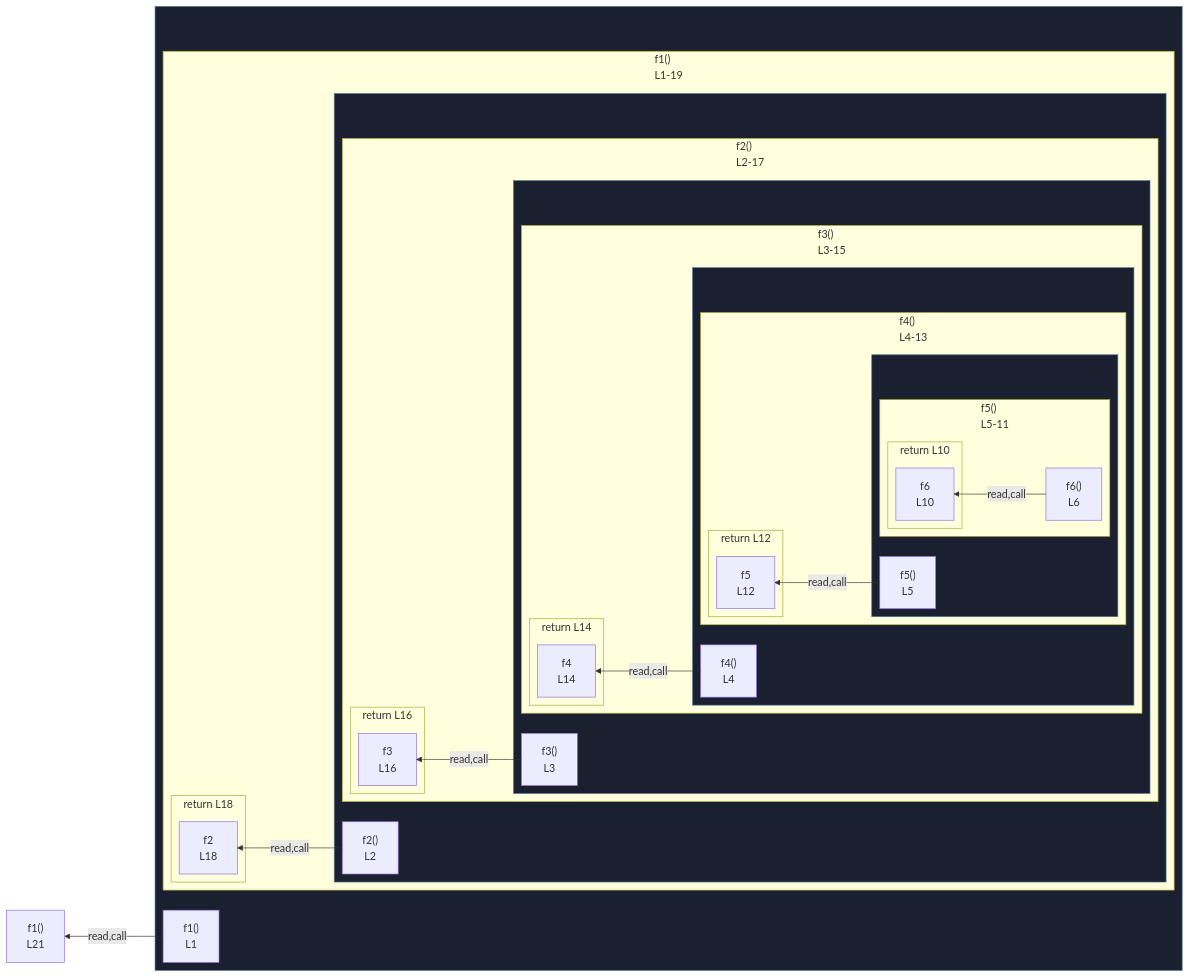
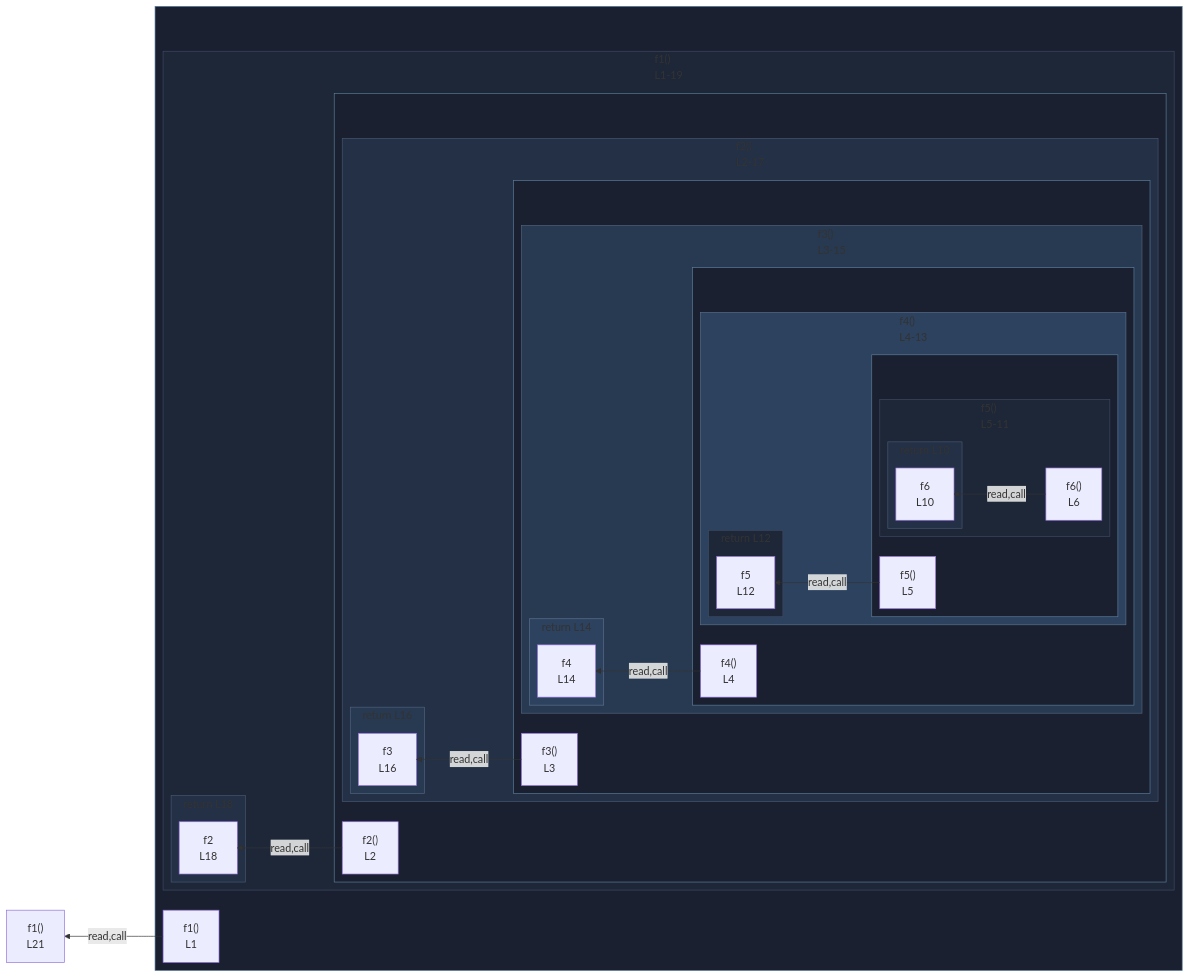
The diagram in integration/fixtures/app-behavior/depth/function/depth-5/preview.md (crescware/unsnarl), drawn with Mermaid before and after one commit. The commit also changed 249 other files, not shown here.

First line of the commit message:
Color Mermaid subgraphs by nesting depth via theme palette

````diff
--- a/integration/fixtures/app-behavior/depth/function/depth-5/preview.md
+++ b/integration/fixtures/app-behavior/depth/function/depth-5/preview.md
@@ -106,4 +106,18 @@
   class wrap_s_scope_3 fnWrap;
   class wrap_s_scope_4 fnWrap;
   class wrap_s_scope_5 fnWrap;
+  classDef nestL1 fill:#1e2738,stroke:#3d4a63;
+  class s_scope_1 nestL1;
+  class s_scope_5 nestL1;
+  class s_return_scope_3_f4_69_226_238 nestL1;
+  classDef nestL2 fill:#233045,stroke:#475670;
+  class s_scope_2 nestL2;
+  class s_return_scope_4_f5_93_195_207 nestL2;
+  class s_return_scope_0_f1_9_295_307 nestL2;
+  classDef nestL3 fill:#283952,stroke:#51637d;
+  class s_scope_3 nestL3;
+  class s_return_scope_1_f2_27_276_288 nestL3;
+  classDef nestL4 fill:#2d425f,stroke:#5b708a;
+  class s_scope_4 nestL4;
+  class s_return_scope_2_f3_47_253_265 nestL4;
 ```
````
